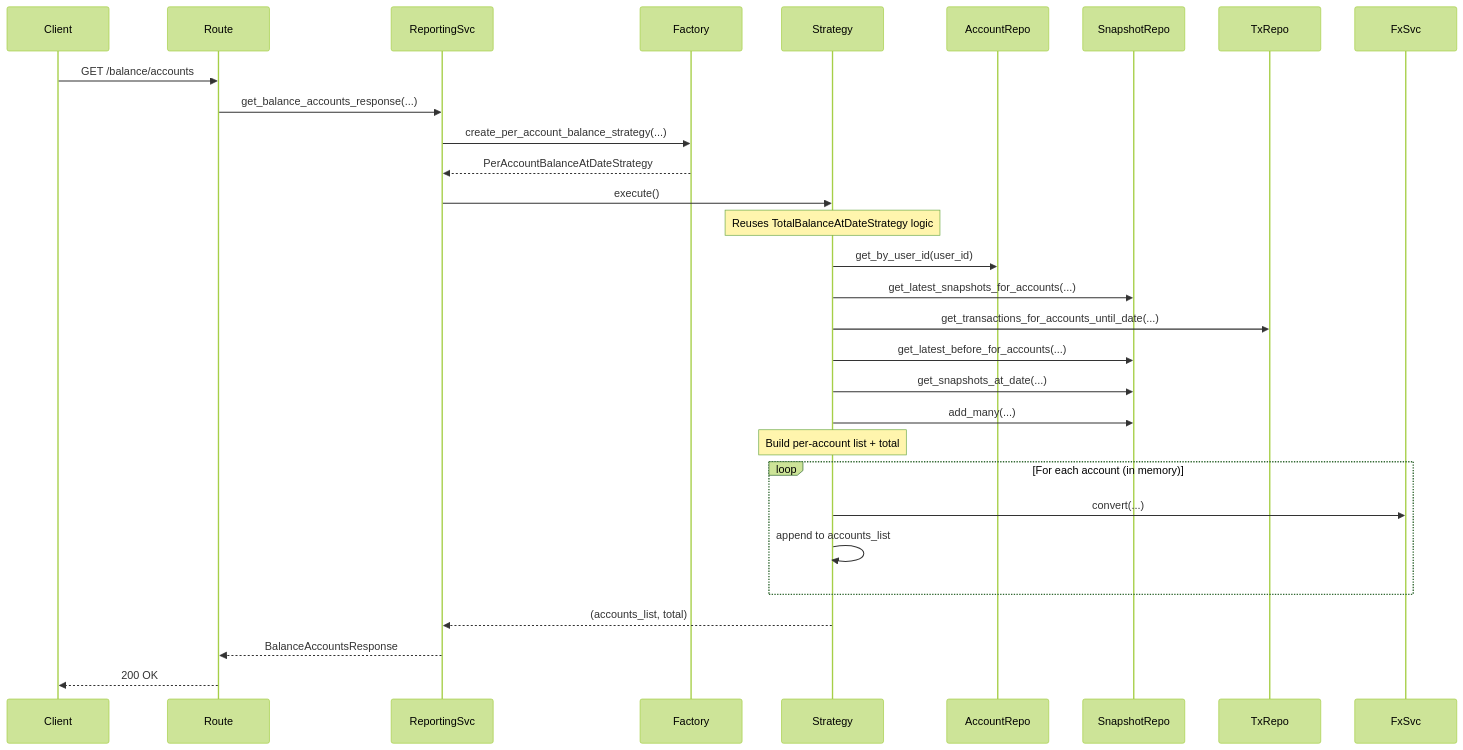
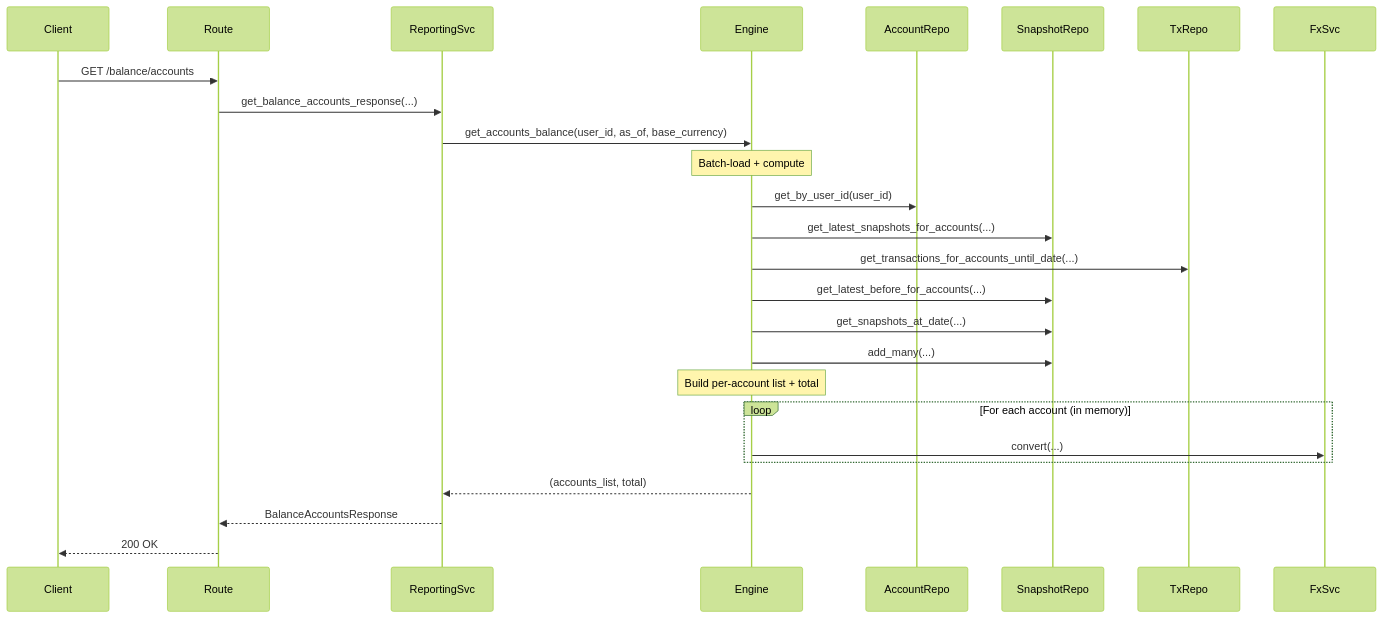
One commit to robz-code/smart-finances-back changed the third of 6 diagrams in docs/BalanceEngineDiagrams.md. Above: the diagram before and after it, drawn with Mermaid (forest theme). The commit also changed other lines of this file and 11 other files, not shown here.

First line of the commit message:
Refactor balance architecture to utilize BalanceEngine for reporting

````diff
--- a/docs/BalanceEngineDiagrams.md
+++ b/docs/BalanceEngineDiagrams.md
@@ -160,38 +121,33 @@
 ```mermaid
 sequenceDiagram
     participant Client
     participant Route
     participant ReportingSvc
-    participant Factory
-    participant Strategy
+    participant Engine
     participant AccountRepo
     participant SnapshotRepo
     participant TxRepo
     participant FxSvc
 
     Client->>Route: GET /balance/accounts
     Route->>ReportingSvc: get_balance_accounts_response(...)
 
-    ReportingSvc->>Factory: create_per_account_balance_strategy(...)
-    Factory-->>ReportingSvc: PerAccountBalanceAtDateStrategy
+    ReportingSvc->>Engine: get_accounts_balance(user_id, as_of, base_currency)
 
-    ReportingSvc->>Strategy: execute()
+    Note over Engine: Batch-load + compute
+    Engine->>AccountRepo: get_by_user_id(user_id)
+    Engine->>SnapshotRepo: get_latest_snapshots_for_accounts(...)
+    Engine->>TxRepo: get_transactions_for_accounts_until_date(...)
+    Engine->>SnapshotRepo: get_latest_before_for_accounts(...)
+    Engine->>SnapshotRepo: get_snapshots_at_date(...)
+    Engine->>SnapshotRepo: add_many(...)
 
-    Note over Strategy: Reuses TotalBalanceAtDateStrategy logic
-    Strategy->>AccountRepo: get_by_user_id(user_id)
-    Strategy->>SnapshotRepo: get_latest_snapshots_for_accounts(...)
-    Strategy->>TxRepo: get_transactions_for_accounts_until_date(...)
-    Strategy->>SnapshotRepo: get_latest_before_for_accounts(...)
-    Strategy->>SnapshotRepo: get_snapshots_at_date(...)
-    Strategy->>SnapshotRepo: add_many(...)
-
-    Note over Strategy: Build per-account list + total
+    Note over Engine: Build per-account list + total
     loop For each account (in memory)
-        Strategy->>FxSvc: convert(...)
-        Strategy->>Strategy: append to accounts_list
+        Engine->>FxSvc: convert(...)
     end
 
-    Strategy-->>ReportingSvc: (accounts_list, total)
+    Engine-->>ReportingSvc: (accounts_list, total)
     ReportingSvc-->>Route: BalanceAccountsResponse
     Route-->>Client: 200 OK
 ```
````
